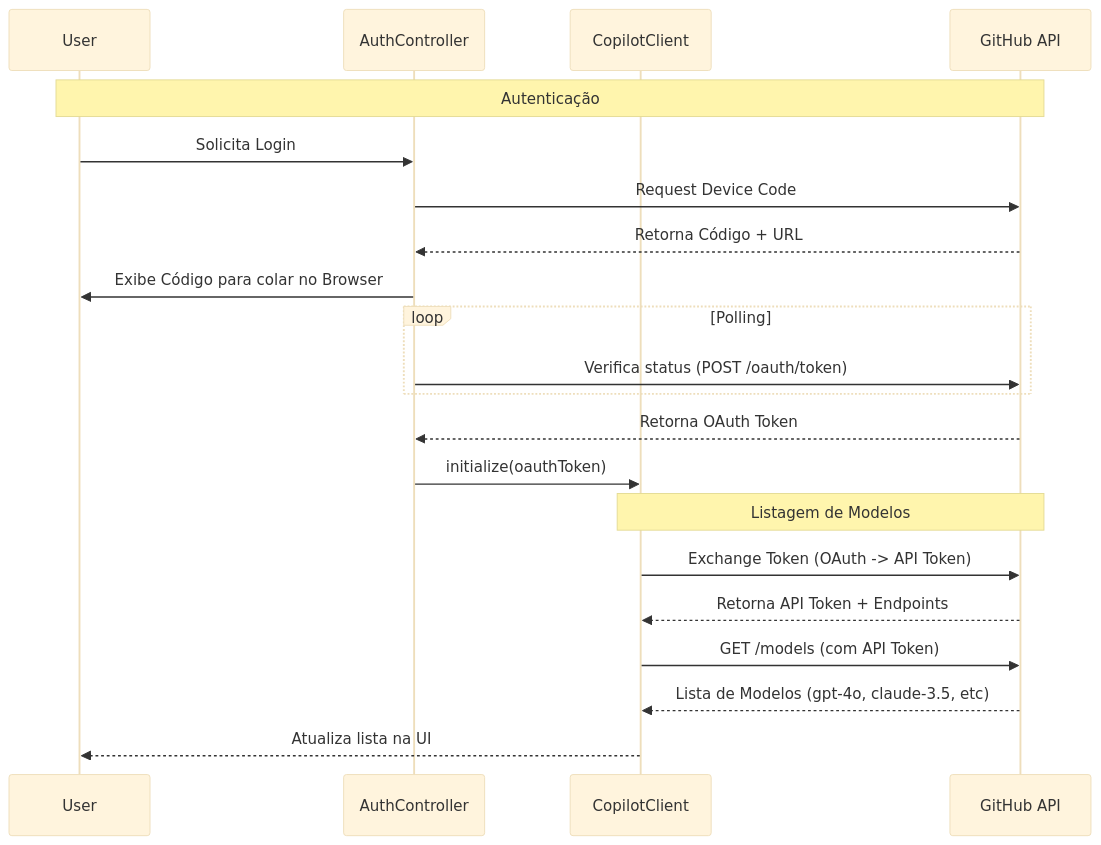
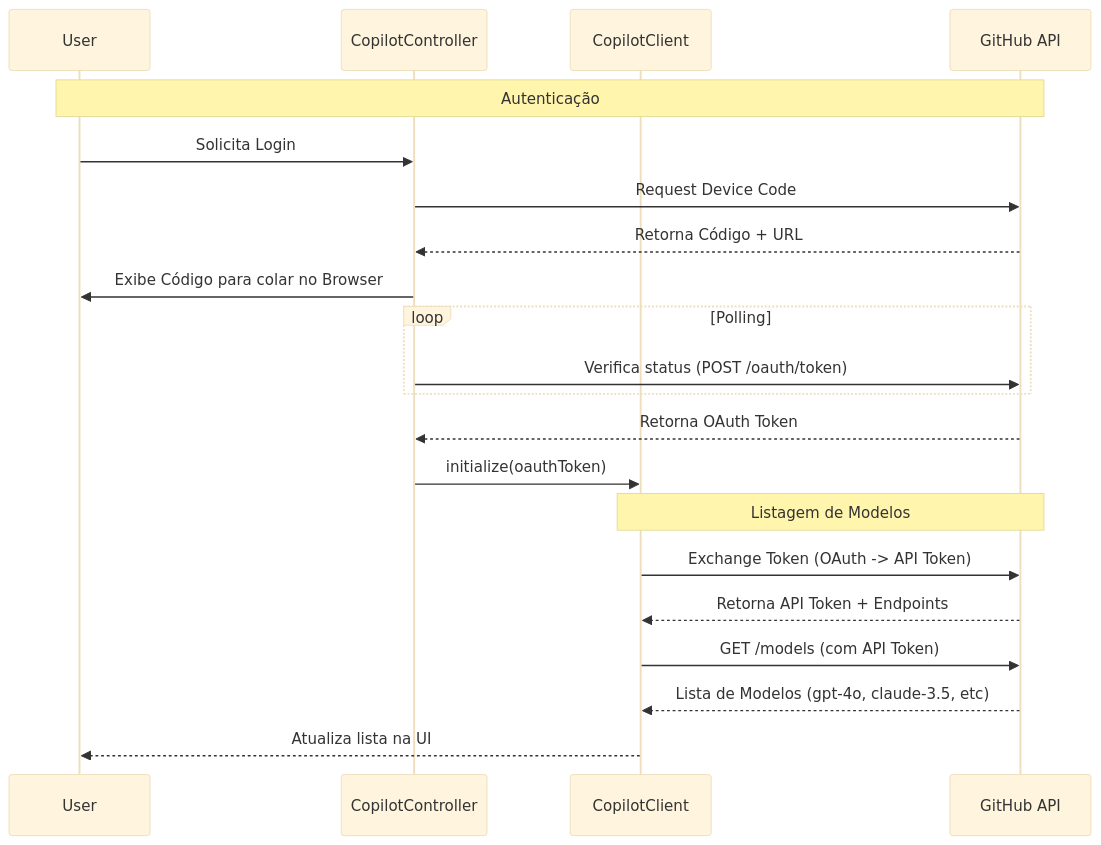
The first of 3 diagrams in ARCHITECTURE.md (marcos2872/gemini-chat), drawn with Mermaid (base theme) before and after one commit. The commit also changed other lines of this file and 5 other files, not shown here.

Commit message:
refactor: rename AuthController to CopilotController and update documentation formatting.

````diff
--- a/ARCHITECTURE.md
+++ b/ARCHITECTURE.md
@@ -41,27 +42,27 @@
 ```mermaid
 sequenceDiagram
     participant User
-    participant Auth as AuthController
+    participant Auth as CopilotController
     participant Client as CopilotClient
     participant GH as GitHub API
 
     Note over User, GH: Autenticação
     User->>Auth: Solicita Login
     Auth->>GH: Request Device Code
     GH-->>Auth: Retorna Código + URL
     Auth->>User: Exibe Código para colar no Browser
-    
+
     loop Polling
         Auth->>GH: Verifica status (POST /oauth/token)
     end
-    
+
     GH-->>Auth: Retorna OAuth Token
     Auth->>Client: initialize(oauthToken)
-    
+
     Note over Client, GH: Listagem de Modelos
     Client->>GH: Exchange Token (OAuth -> API Token)
     GH-->>Client: Retorna API Token + Endpoints
     Client->>GH: GET /models (com API Token)
     GH-->>Client: Lista de Modelos (gpt-4o, claude-3.5, etc)
     Client-->>User: Atualiza lista na UI
 ```
````
